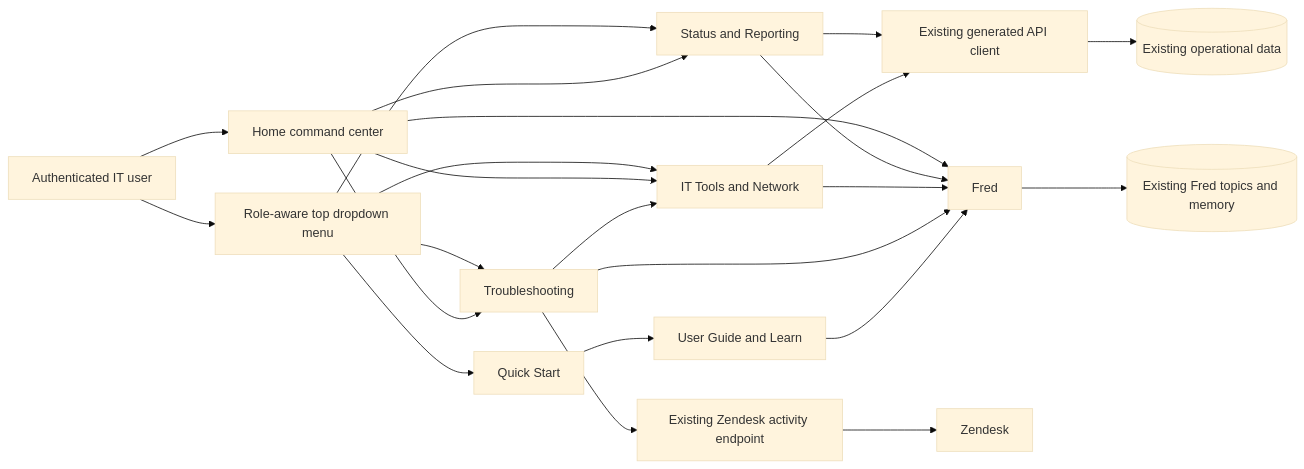
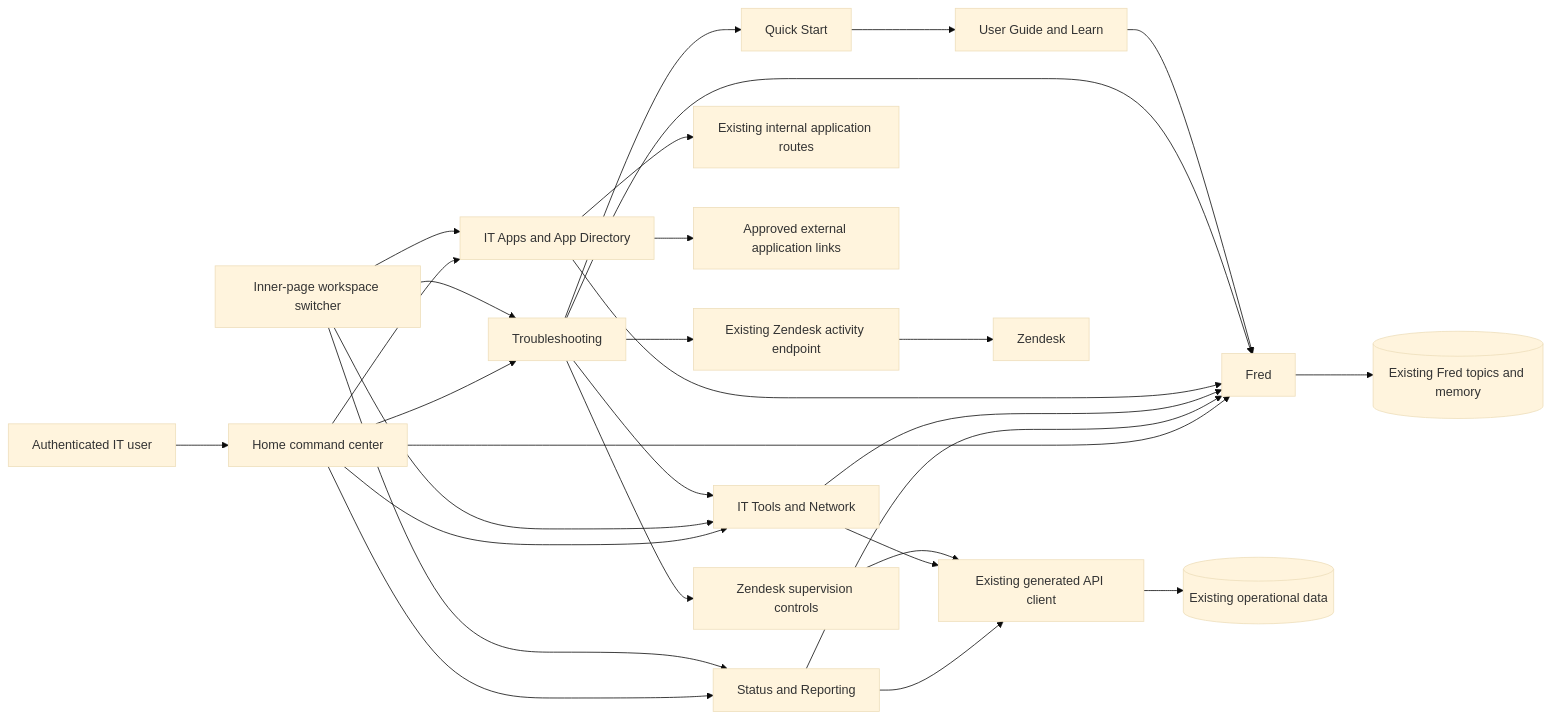
One commit to OlderschCoder/Network-Insight-Hub changed the diagram in docs/portal-ui-architecture.mmd. Above: the diagram before and after it, drawn with Mermaid (base theme). The commit also changed 75 other files, not shown here.

Commit message:
Repair Zendesk supervision and operations UI

```diff
--- a/docs/portal-ui-architecture.mmd
+++ b/docs/portal-ui-architecture.mmd
@@ -1,23 +1,29 @@
 flowchart LR
   U[Authenticated IT user] --> H[Home command center]
-  U --> M[Role-aware top dropdown menu]
-  M --> S
-  M --> N
-  M --> T
-  M --> Q[Quick Start]
   H --> S[Status and Reporting]
   H --> N[IT Tools and Network]
+  H --> A[IT Apps and App Directory]
   H --> T[Troubleshooting]
+  SW[Inner-page workspace switcher] --> S
+  SW --> N
+  SW --> A
+  SW --> T
   S --> API[Existing generated API client]
   N --> API
+  A --> IA[Existing internal application routes]
+  A --> EA[Approved external application links]
   T --> Z[Existing Zendesk activity endpoint]
+  T --> C[Zendesk supervision controls]
+  C --> API
+  T --> Q[Quick Start]
   Q --> G[User Guide and Learn]
   T --> N
   H --> F[Fred]
   S --> F
   N --> F
+  A --> F
   T --> F
   API --> DB[(Existing operational data)]
   Z --> ZE[Zendesk]
   F --> FM[(Existing Fred topics and memory)]
   G --> F
```
